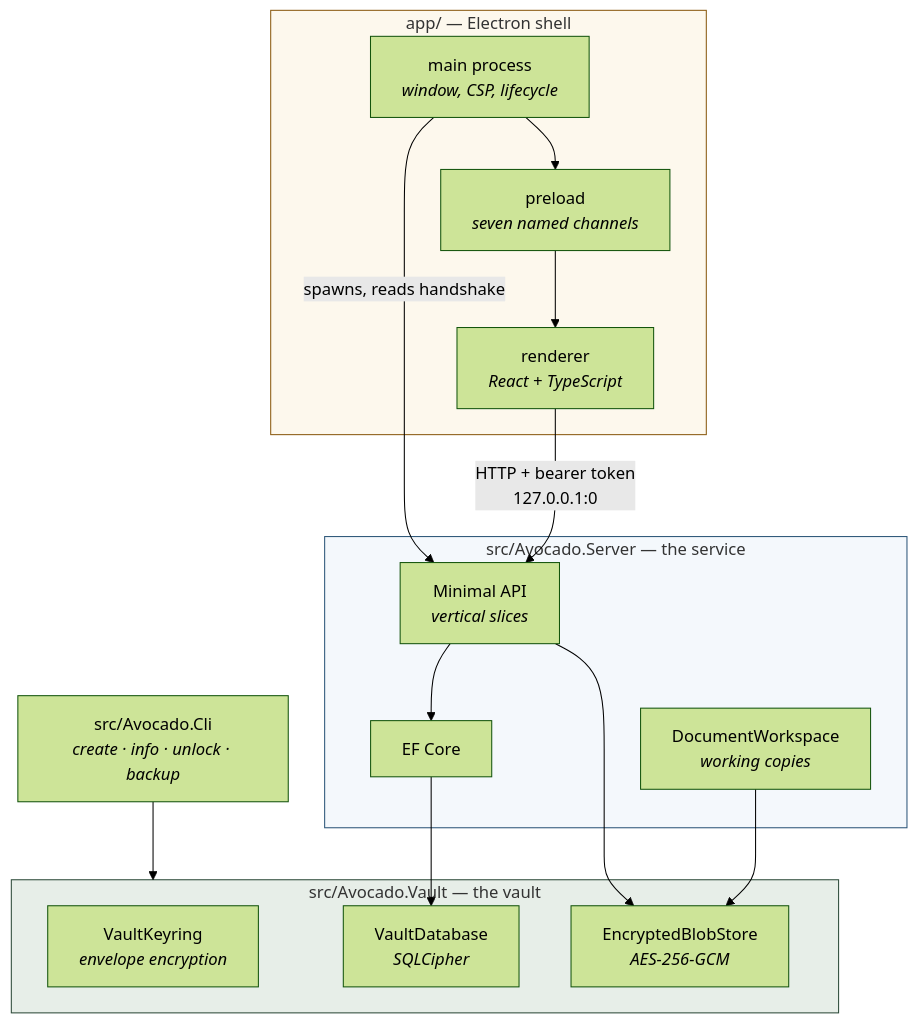
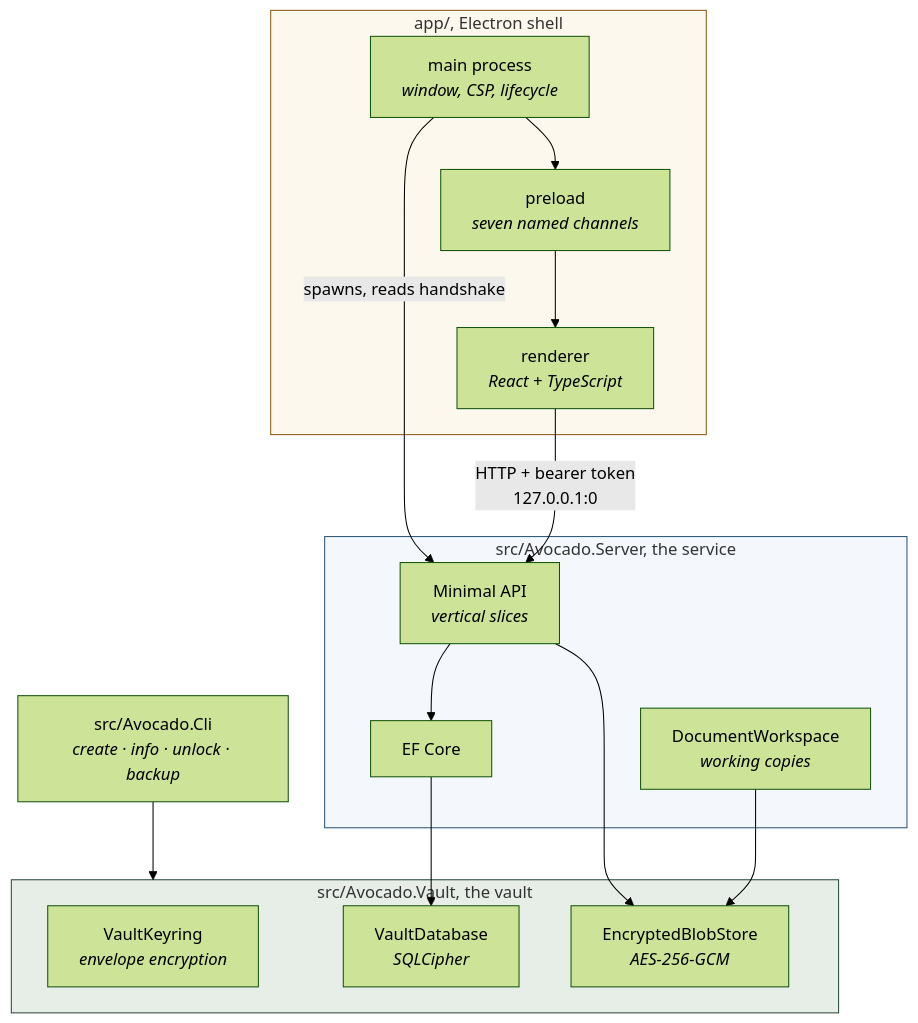
Before and after one commit to Vincent-Bdn/Avocado: the first of 4 diagrams in docs/ARCHITECTURE.md, drawn with Mermaid (forest theme). The commit also changed other lines of this file and 127 other files, not shown here.

````diff
--- a/docs/ARCHITECTURE.md
+++ b/docs/ARCHITECTURE.md
@@ -14,34 +14,34 @@
 ```mermaid
 flowchart TB
-    subgraph shell["app/ — Electron shell"]
+    subgraph shell["app/, Electron shell"]
         main["main process<br/><i>window, CSP, lifecycle</i>"]
         preload["preload<br/><i>seven named channels</i>"]
         renderer["renderer<br/><i>React + TypeScript</i>"]
     end
 
-    subgraph service["src/Avocado.Server — the service"]
+    subgraph service["src/Avocado.Server, the service"]
         api["Minimal API<br/><i>vertical slices</i>"]
         ef["EF Core"]
         workspace["DocumentWorkspace<br/><i>working copies</i>"]
     end
 
-    subgraph vault["src/Avocado.Vault — the vault"]
+    subgraph vault["src/Avocado.Vault, the vault"]
         keyring["VaultKeyring<br/><i>envelope encryption</i>"]
         db["VaultDatabase<br/><i>SQLCipher</i>"]
         blobs["EncryptedBlobStore<br/><i>AES-256-GCM</i>"]
     end
 
     cli["src/Avocado.Cli<br/><i>create · info · unlock · backup</i>"]
 
     main -->|spawns, reads handshake| api
     main --> preload --> renderer
     renderer -->|"HTTP + bearer token<br/>127.0.0.1:0"| api
     api --> ef --> db
     api --> blobs
     workspace --> blobs
     cli --> vault
 
     style vault fill:#E7EEE8,stroke:#2C4A38
     style service fill:#F4F8FC,stroke:#2B5578
     style shell fill:#FDF8ED,stroke:#8A5A10
 ```
````
